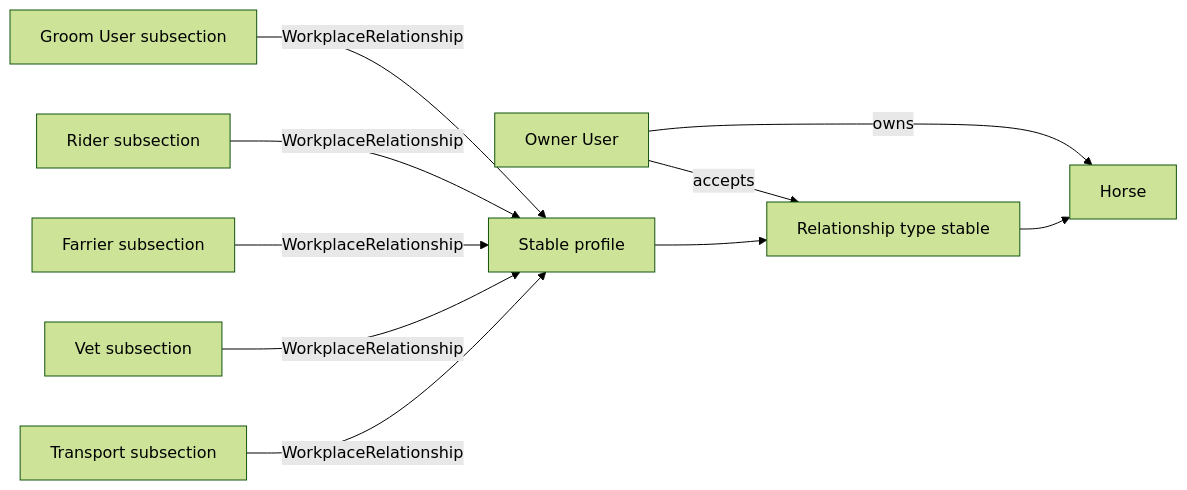
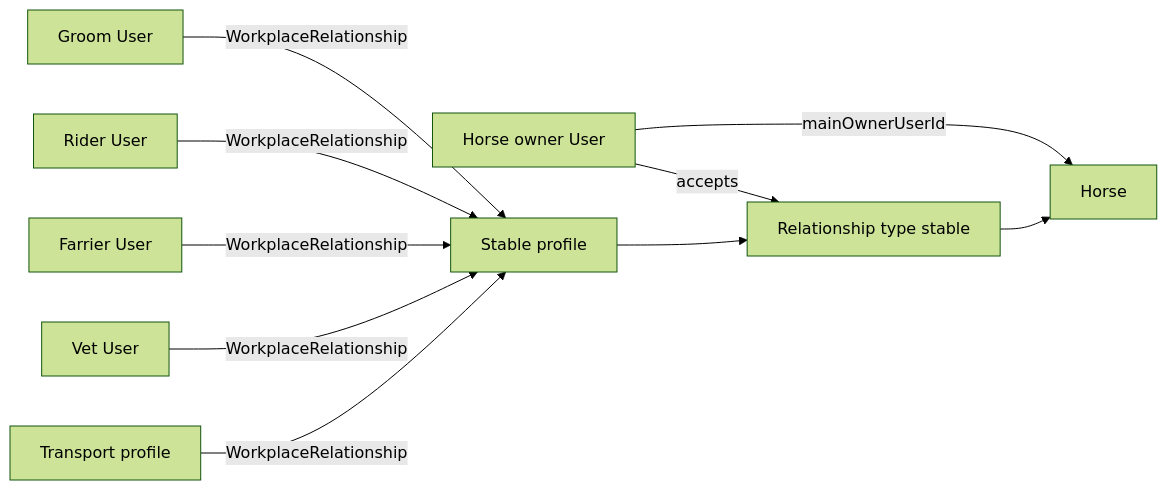
The second of 3 diagrams in documentation/workplaceRelationship.md (jpsm83/horse), drawn with Mermaid (forest theme) before and after one commit. The commit also changed other lines of this file and 45 other files, not shown here.

````diff
--- a/documentation/workplaceRelationship.md
+++ b/documentation/workplaceRelationship.md
@@ -34,12 +42,12 @@
 ```mermaid
 flowchart LR
-  Groom[Groom User subsection] -->|WorkplaceRelationship| Stable[Stable profile]
-  Rider[Rider subsection] -->|WorkplaceRelationship| Stable
-  Farrier[Farrier subsection] -->|WorkplaceRelationship| Stable
-  Vet[Vet subsection] -->|WorkplaceRelationship| Stable
-  Transport[Transport subsection] -->|WorkplaceRelationship| Stable
-  Owner[Owner User] -->|owns| Horse[Horse]
-  Owner -->|accepts| RelStable["Relationship type stable"]
+  Groom[Groom User] -->|WorkplaceRelationship| Stable[Stable profile]
+  Rider[Rider User] -->|WorkplaceRelationship| Stable
+  Farrier[Farrier User] -->|WorkplaceRelationship| Stable
+  Vet[Vet User] -->|WorkplaceRelationship| Stable
+  Transport[Transport profile] -->|WorkplaceRelationship| Stable
+  HorseOwner[Horse owner User] -->|mainOwnerUserId| Horse[Horse]
+  HorseOwner -->|accepts| RelStable["Relationship type stable"]
   RelStable --> Horse
   Stable --> RelStable
 ```
````
